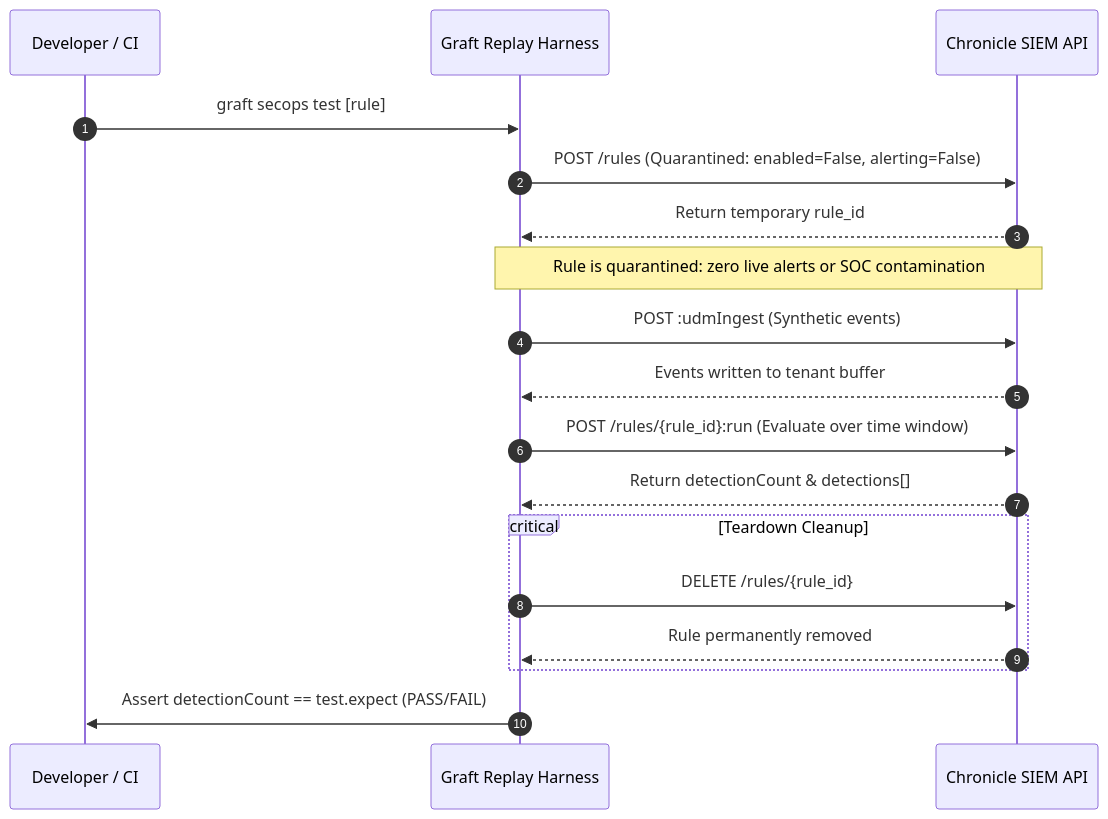
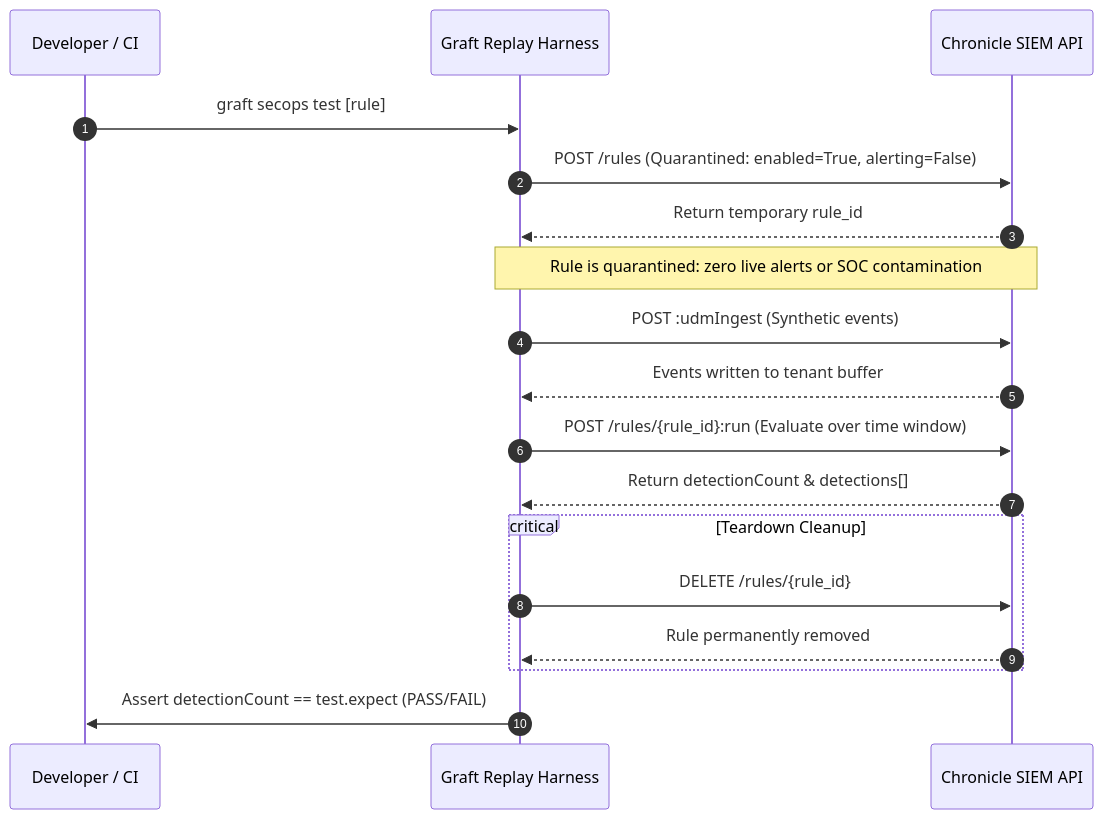
Before and after one commit to lopes/graft: the diagram in docs/analysts/replay_testing.md, drawn with Mermaid. The commit also changed other lines of this file and 15 other files, not shown here.

````diff
--- a/docs/analysts/replay_testing.md
+++ b/docs/analysts/replay_testing.md
@@ -15,25 +15,25 @@
 ```mermaid
 sequenceDiagram
     autonumber
     participant Dev as Developer / CI
     participant Graft as Graft Replay Harness
     participant API as Chronicle SIEM API
 
     Dev->>Graft: graft secops test [rule]
-    Graft->>API: POST /rules (Quarantined: enabled=False, alerting=False)
+    Graft->>API: POST /rules (Quarantined: enabled=True, alerting=False)
     API-->>Graft: Return temporary rule_id
     Note over Graft,API: Rule is quarantined: zero live alerts or SOC contamination
 
     Graft->>API: POST :udmIngest (Synthetic events)
     API-->>Graft: Events written to tenant buffer
 
     Graft->>API: POST /rules/{rule_id}:run (Evaluate over time window)
     API-->>Graft: Return detectionCount & detections[]
 
     critical Teardown Cleanup
         Graft->>API: DELETE /rules/{rule_id}
         API-->>Graft: Rule permanently removed
     end
 
     Graft->>Dev: Assert detectionCount == test.expect (PASS/FAIL)
 ```
````
